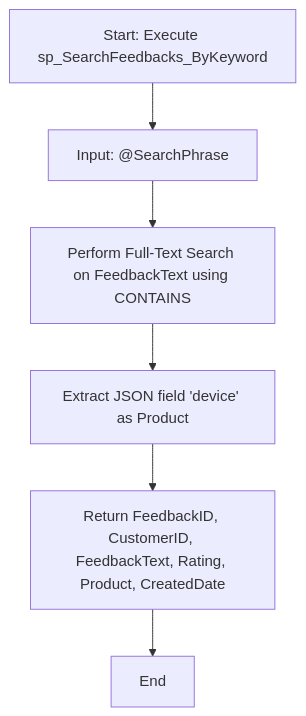
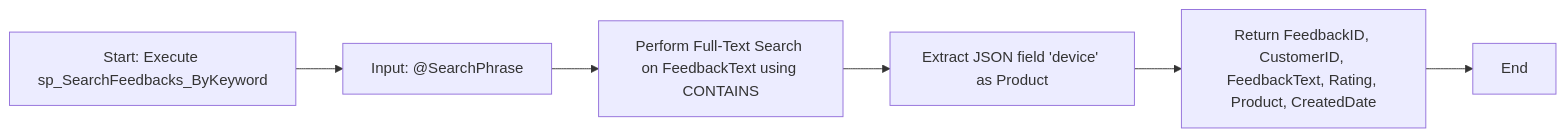
Before and after one commit to sam2702/sql-database-project: the first of 5 diagrams in README.md, drawn with Mermaid. The commit also changed other lines of this file, not shown here.

````diff
--- a/README.md
+++ b/README.md
@@ -57,9 +55,8 @@
 ```mermaid
-flowchart TD
+flowchart LR
     A[Start: Execute sp_SearchFeedbacks_ByKeyword] --> B[Input: @SearchPhrase]
     B --> C[Perform Full-Text Search on FeedbackText using CONTAINS]
     C --> D[Extract JSON field 'device' as Product]
     D --> E[Return FeedbackID, CustomerID, FeedbackText, Rating, Product, CreatedDate]
     E --> F[End]
-
 ```
````
